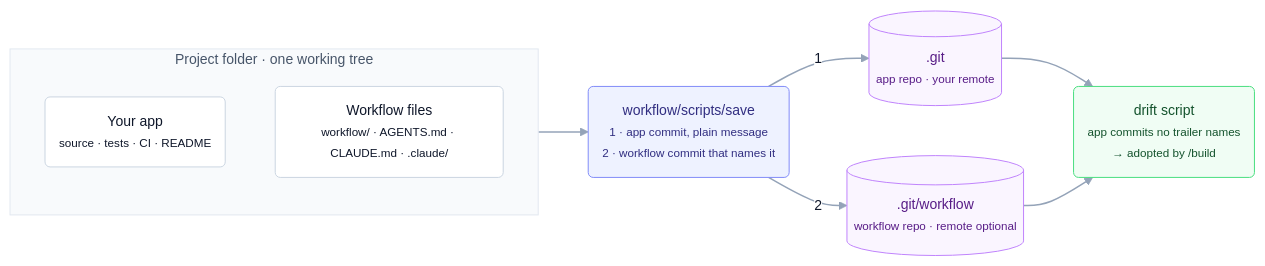
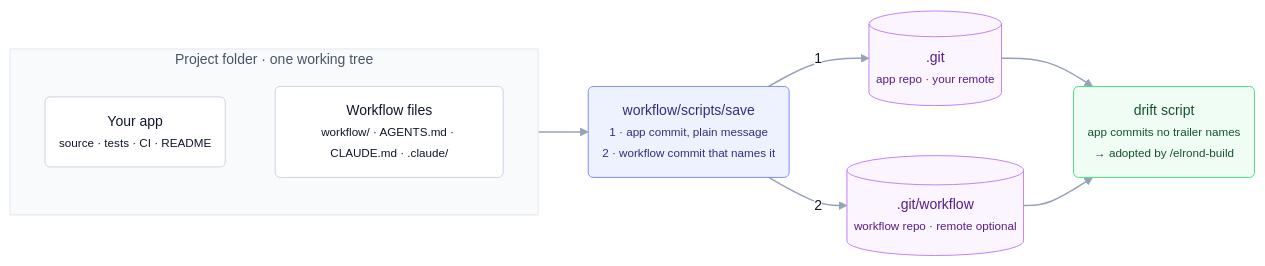
The eighth of 8 diagrams in elrond/README.md (llunde/lelstack), drawn with Mermaid before and after one commit. The commit also changed other lines of this file and 17 other files, not shown here.

````diff
--- a/elrond/README.md
+++ b/elrond/README.md
@@ -427,27 +427,27 @@
 ```mermaid
 %%{init: {"fontFamily": "-apple-system, BlinkMacSystemFont, Segoe UI, Helvetica, Arial, sans-serif", "theme": "base", "themeVariables": {"fontFamily": "-apple-system, BlinkMacSystemFont, Segoe UI, Helvetica, Arial, sans-serif", "fontSize": "14px", "primaryColor": "#FFFFFF", "primaryBorderColor": "#CBD5E1", "primaryTextColor": "#0F172A", "lineColor": "#94A3B8", "clusterBkg": "#F8FAFC", "clusterBorder": "#E2E8F0", "edgeLabelBackground": "#FFFFFF", "tertiaryColor": "#F8FAFC"}, "flowchart": {"curve": "basis", "padding": 14}}}%%
 flowchart LR
     subgraph TREE["Project folder · one working tree"]
         direction TB
         AF("Your app<br/><small>source · tests · CI · README</small>")
         WF("Workflow files<br/><small>workflow/ · AGENTS.md · CLAUDE.md · .claude/</small>")
     end
     TREE --> SAVE("workflow/scripts/save<br/><small>1 · app commit, plain message<br/>2 · workflow commit that names it</small>")
     SAVE -->|1| APP[(".git<br/><small>app repo · your remote</small>")]
     SAVE -->|2| WR[(".git/workflow<br/><small>workflow repo · remote optional</small>")]
-    APP & WR --> DR("drift script<br/><small>app commits no trailer names<br/>→ adopted by /build</small>")
+    APP & WR --> DR("drift script<br/><small>app commits no trailer names<br/>→ adopted by /elrond-build</small>")
 
     classDef default fill:#FFFFFF,stroke:#CBD5E1,stroke-width:1px,color:#0F172A
     classDef you fill:#FFF7ED,stroke:#F97316,stroke-width:1.5px,color:#7C2D12
     classDef agent fill:#EEF2FF,stroke:#818CF8,stroke-width:1px,color:#312E81
     classDef check fill:#F0FDF4,stroke:#4ADE80,stroke-width:1px,color:#14532D
     classDef git fill:#FAF5FF,stroke:#C084FC,stroke-width:1px,color:#581C87
     classDef stop fill:#FEF2F2,stroke:#F87171,stroke-width:1px,color:#7F1D1D
     classDef done fill:#ECFDF5,stroke:#10B981,stroke-width:1.5px,color:#064E3B
     classDef lead fill:#312E81,stroke:#312E81,stroke-width:1px,color:#FFFFFF
     linkStyle default stroke-width:1.5px
     class SAVE agent
     class APP,WR git
     class DR check
     style TREE fill:#F8FAFC,stroke:#E2E8F0,color:#475569
 ```
````
